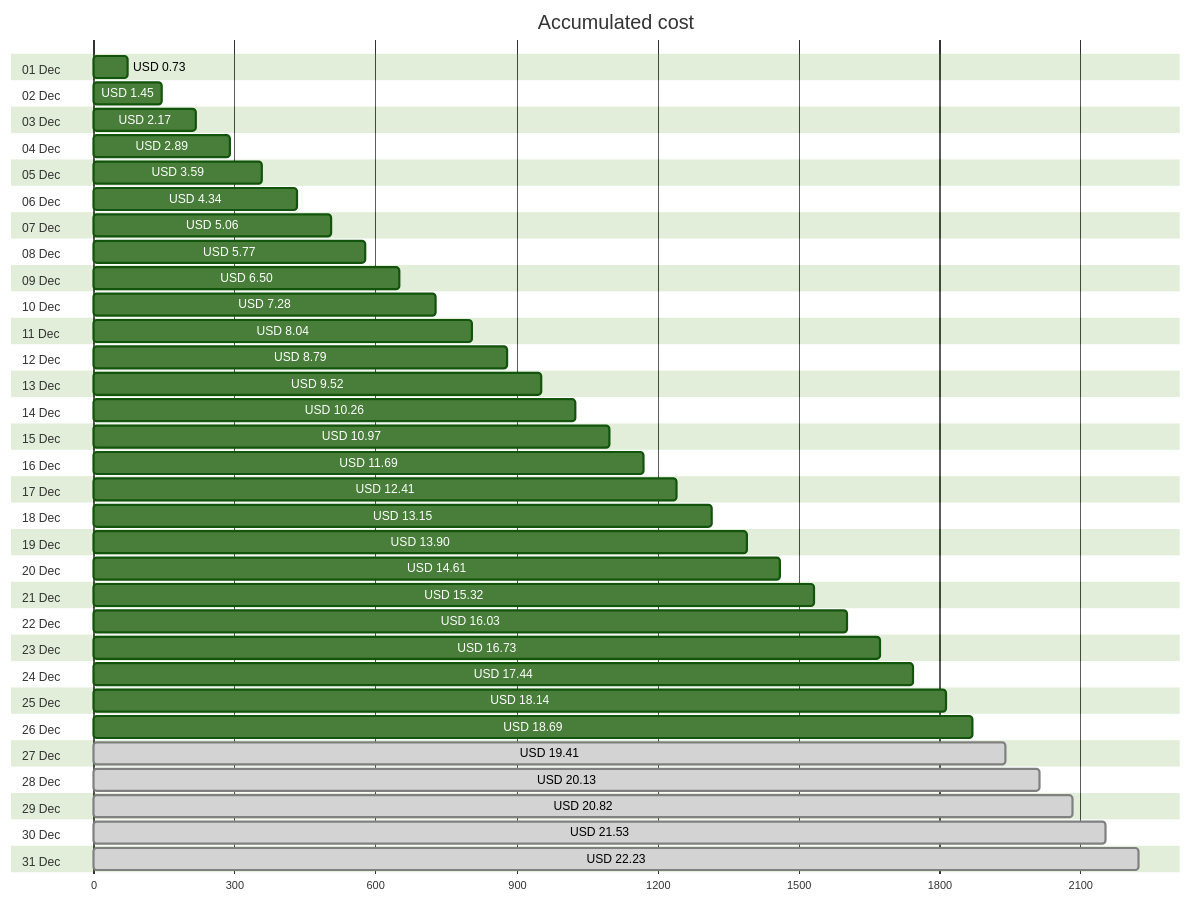
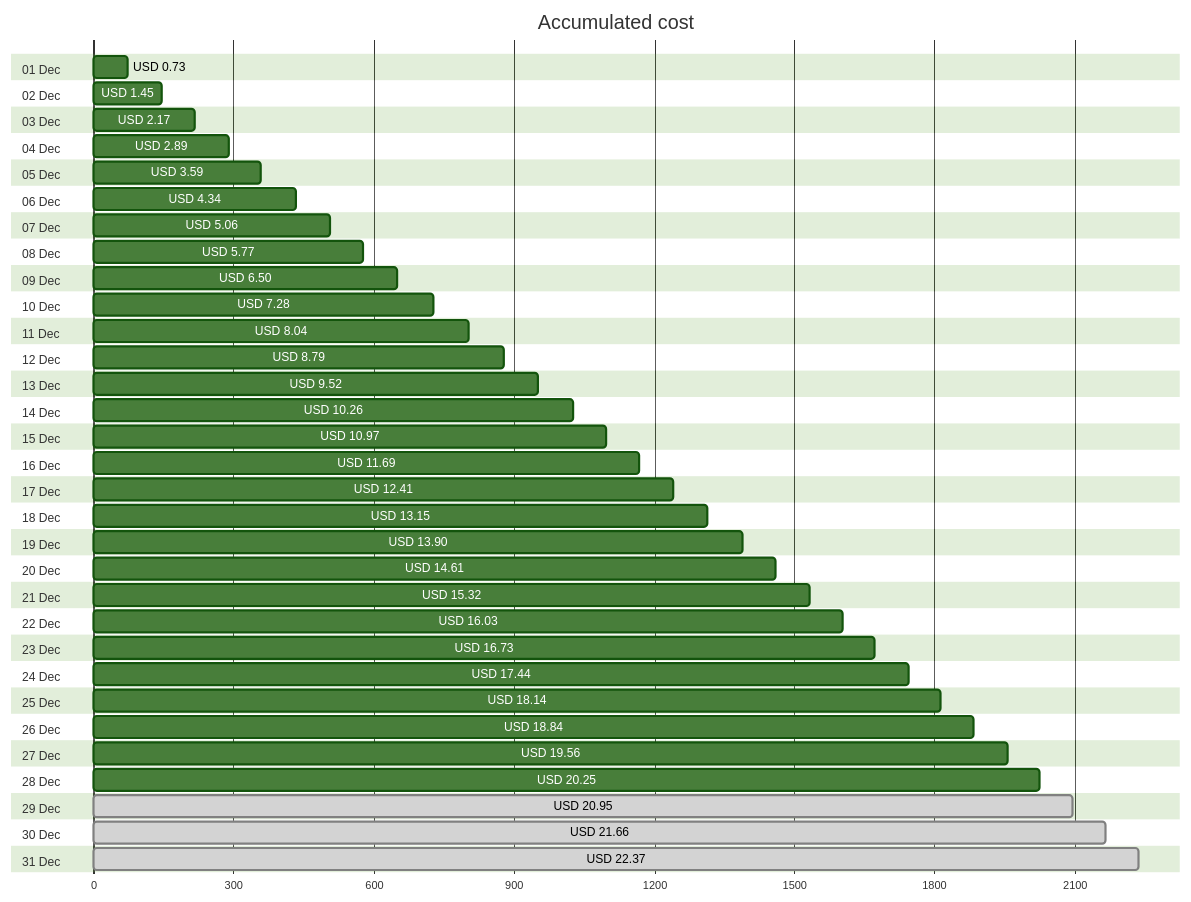
Before and after one commit to jpfulton/azure-personal-reports: the first of 4 diagrams in cost-reports/personal-network/backup-server-data-disk.md, drawn with Mermaid (forest theme). The commit also changed other lines of this file and 8 other files, not shown here.

````diff
--- a/cost-reports/personal-network/backup-server-data-disk.md
+++ b/cost-reports/personal-network/backup-server-data-disk.md
@@ -20,68 +20,68 @@
 ```mermaid
 gantt
    title Accumulated cost
    dateFormat  X
    axisFormat %s
    section 01 Dec
    USD 0.73 :0, 73
    section 02 Dec
    USD 1.45 :0, 145
    section 03 Dec
    USD 2.17 :0, 217
    section 04 Dec
    USD 2.89 :0, 289
    section 05 Dec
    USD 3.59 :0, 359
    section 06 Dec
    USD 4.34 :0, 434
    section 07 Dec
    USD 5.06 :0, 506
    section 08 Dec
    USD 5.77 :0, 577
    section 09 Dec
    USD 6.50 :0, 650
    section 10 Dec
    USD 7.28 :0, 728
    section 11 Dec
    USD 8.04 :0, 804
    section 12 Dec
    USD 8.79 :0, 879
    section 13 Dec
    USD 9.52 :0, 952
    section 14 Dec
    USD 10.26 :0, 1026
    section 15 Dec
    USD 10.97 :0, 1097
    section 16 Dec
    USD 11.69 :0, 1169
    section 17 Dec
    USD 12.41 :0, 1241
    section 18 Dec
    USD 13.15 :0, 1315
    section 19 Dec
    USD 13.90 :0, 1390
    section 20 Dec
    USD 14.61 :0, 1461
    section 21 Dec
    USD 15.32 :0, 1532
    section 22 Dec
    USD 16.03 :0, 1603
    section 23 Dec
    USD 16.73 :0, 1673
    section 24 Dec
    USD 17.44 :0, 1744
    section 25 Dec
    USD 18.14 :0, 1814
    section 26 Dec
-   USD 18.69 :0, 1869
+   USD 18.84 :0, 1884
    section 27 Dec
-   USD 19.41 : done, 0, 1941
+   USD 19.56 :0, 1956
    section 28 Dec
-   USD 20.13 : done, 0, 2013
+   USD 20.25 :0, 2025
    section 29 Dec
-   USD 20.82 : done, 0, 2082
+   USD 20.95 : done, 0, 2095
    section 30 Dec
-   USD 21.53 : done, 0, 2153
+   USD 21.66 : done, 0, 2166
    section 31 Dec
-   USD 22.23 : done, 0, 2223
+   USD 22.37 : done, 0, 2237
 ```
````
